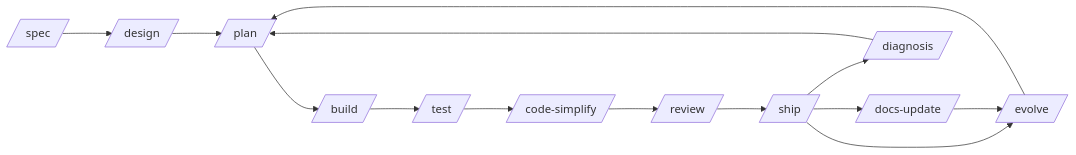
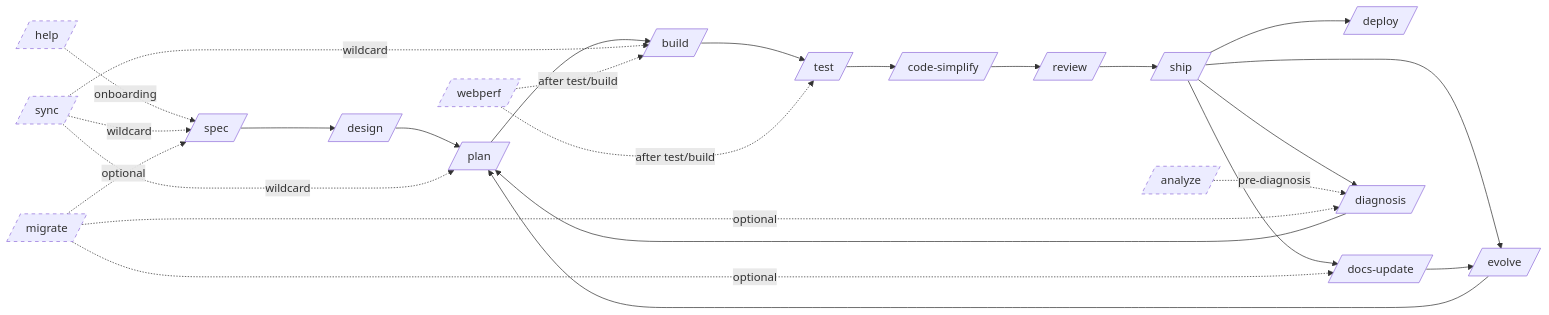
One commit to Fisherk2/codice-opencode changed the diagram in docs/wiki-source/Commands.md. Above: the diagram before and after it, drawn with Mermaid. The commit also changed other lines of this file and 5 other files, not shown here.

````diff
--- a/docs/wiki-source/Commands.md
+++ b/docs/wiki-source/Commands.md
@@ -9,16 +9,28 @@
 ```mermaid
 flowchart LR
+    H0[/help/] -. onboarding .-> A
     A[/spec/] --> B[/design/]
     B --> C[/plan/]
     C --> D[/build/]
     D --> E[/test/]
     E --> F[/code-simplify/]
     F --> G[/review/]
     G --> H[/ship/]
+    H --> DEP[/deploy/]
     H --> I[/docs-update/]
     H --> J[/diagnosis/]
     H --> K[/evolve/]
     K --> C
     I --> K
     J --> C
+    ANA[/analyze/] -. pre-diagnosis .-> J
+    SYN[/sync/] -. wildcard .-> A & C & D
+    MIG[/migrate/] -. optional .-> A & I & J
+    WEB[/webperf/] -. after test/build .-> E & D
+
+    style H0 stroke-dasharray: 5 5
+    style ANA stroke-dasharray: 5 5
+    style SYN stroke-dasharray: 5 5
+    style MIG stroke-dasharray: 5 5
+    style WEB stroke-dasharray: 5 5
 ```
````
